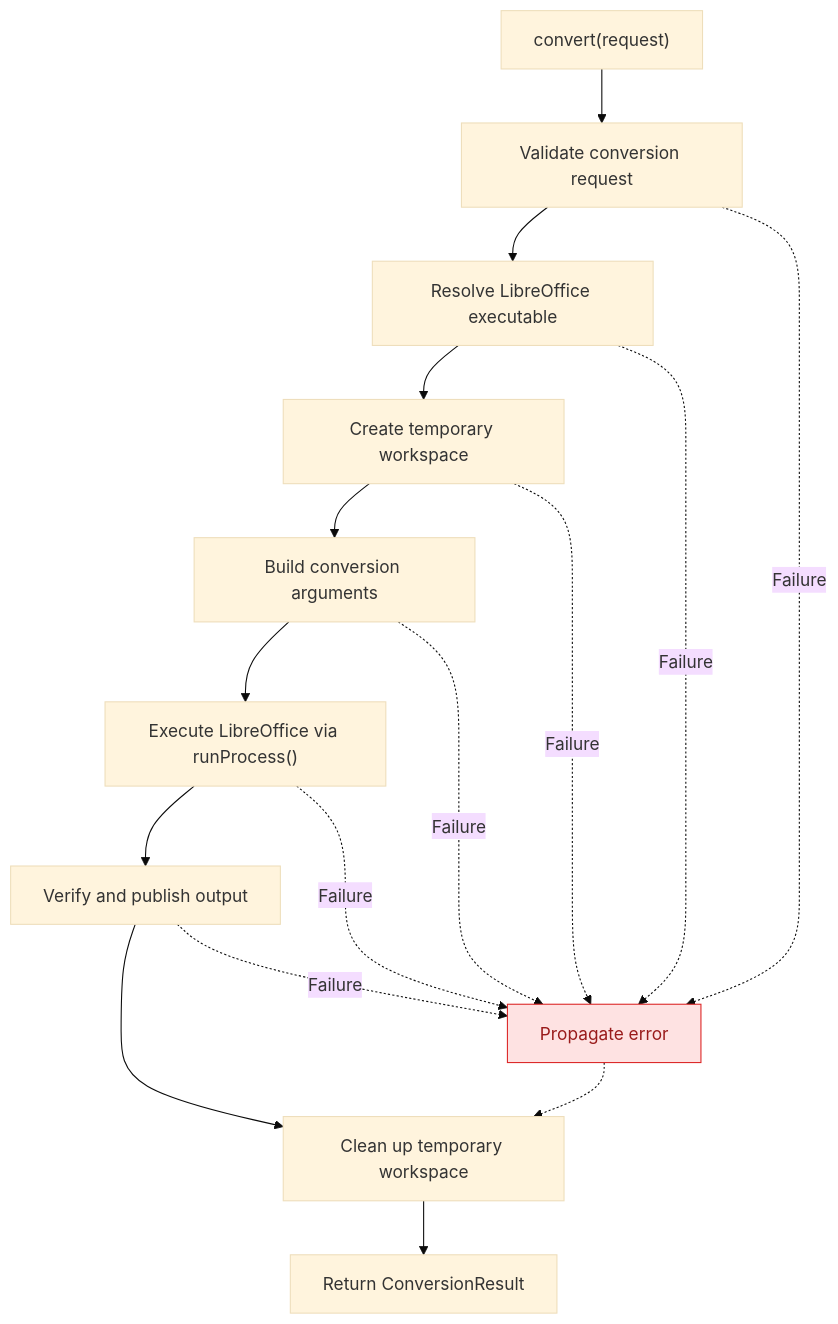
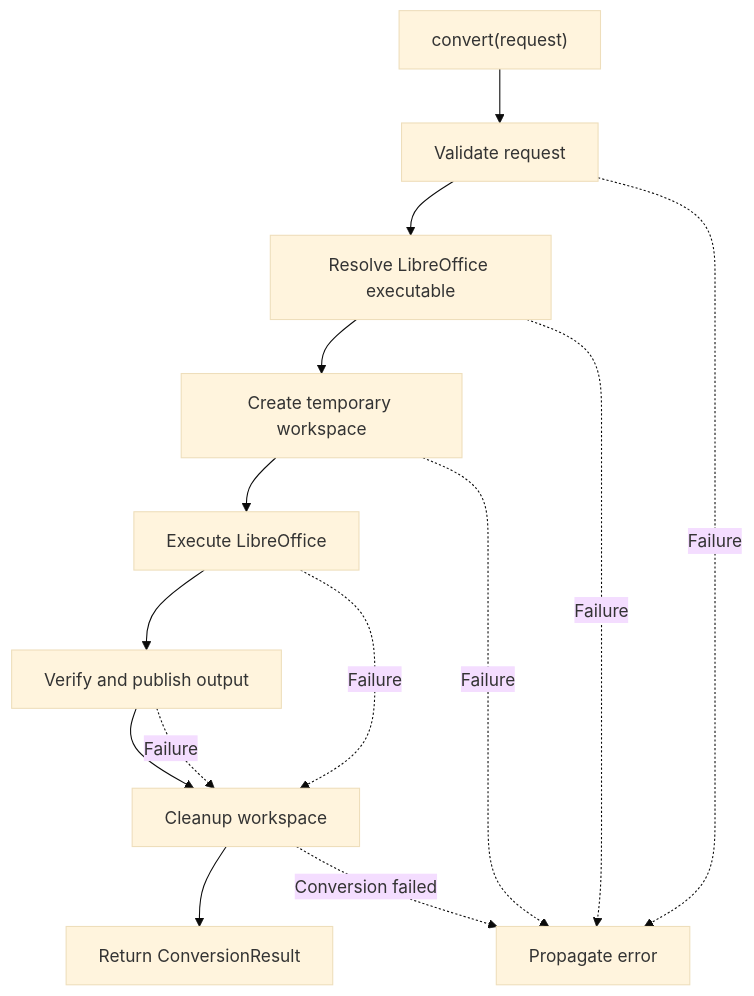
One commit to GoktugKarakas/file-converter changed the second of 3 diagrams in docs/architecture.md. Above: the diagram before and after it, drawn with Mermaid (base theme). The commit also changed other lines of this file, not shown here.

Commit message:
(docs) architecture: fixed 4.1 flowchart

````diff
--- a/docs/architecture.md
+++ b/docs/architecture.md
@@ -155,22 +155,21 @@
 ```mermaid
+
 flowchart TD
     A["convert(request)"]
-    B["Validate conversion request"]
+    B["Validate request"]
     C["Resolve LibreOffice executable"]
     D["Create temporary workspace"]
-    E["Build conversion arguments"]
-    F["Execute LibreOffice via runProcess()"]
-    G["Verify and publish output"]
-    H["Clean up temporary workspace"]
-    I["Return ConversionResult"]
+    E["Execute LibreOffice"]
+    F["Verify and publish output"]
+    G["Cleanup workspace"]
+    H["Return ConversionResult"]
     X["Propagate error"]
 
-    A --> B --> C --> D --> E --> F --> G
-    G --> H --> I
+    A --> B --> C --> D --> E --> F
+    F --> G --> H
 
-    B & C & D & E & F & G -.->|"Failure"| X
-    X -.-> H
+    B & C & D -.->|"Failure"| X
+    E & F -.->|"Failure"| G
+    G -.->|"Conversion failed"| X
 
-    classDef error fill:#fee2e2,stroke:#dc2626,color:#991b1b
-    class X error
 ```
````
